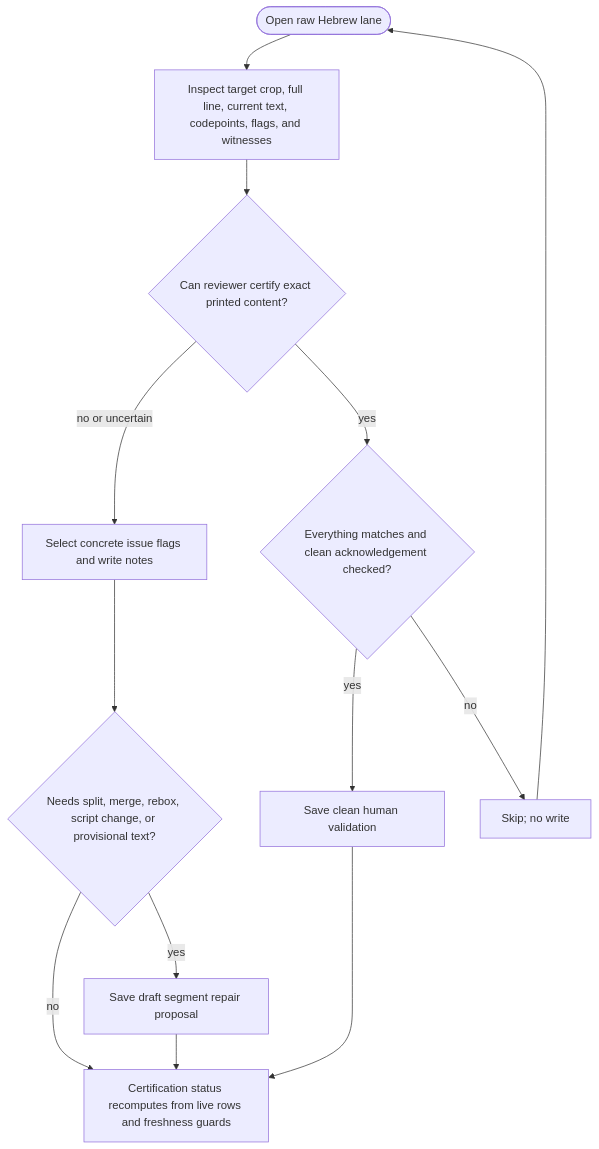
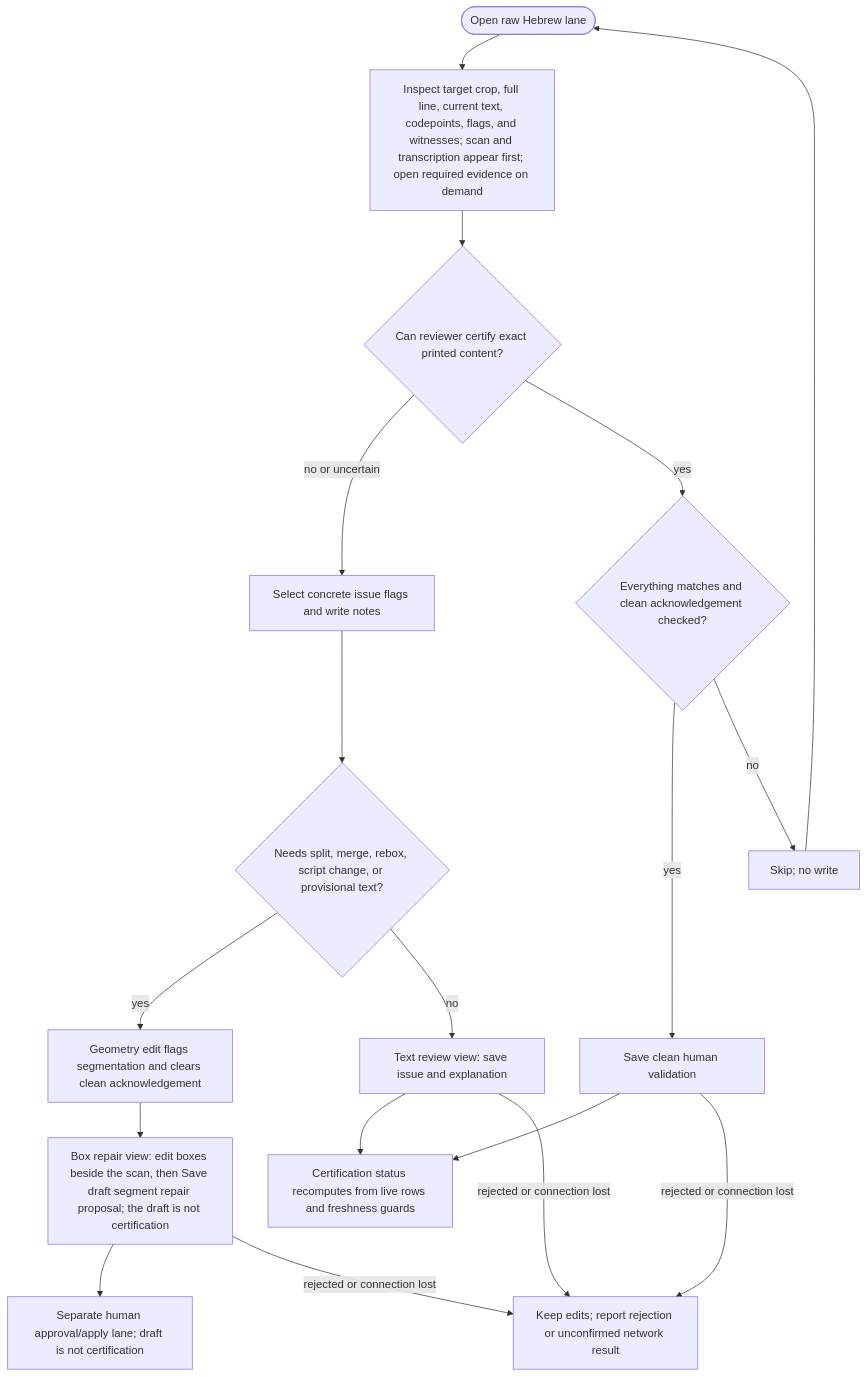
The diagram in spec-chirho/workflows-chirho/raw-review-workflow-chirho.md (loveJesus/hottp-chirho), drawn with Mermaid before and after one commit. The commit also changed other lines of this file and 12 other files, not shown here.

First line of the commit message:
Separate raw-review workspace presentation and preserve review guards

````diff
--- a/spec-chirho/workflows-chirho/raw-review-workflow-chirho.md
+++ b/spec-chirho/workflows-chirho/raw-review-workflow-chirho.md
@@ -8,26 +8,34 @@
 ```mermaid
 flowchart TD
   StartChirho([Open raw Hebrew lane])
-  InspectChirho[Inspect target crop, full line, current text, codepoints, flags, and witnesses]
+  InspectChirho[Inspect target crop, full line, current text, codepoints, flags, and witnesses; scan and transcription appear first; open required evidence on demand]
   CompetentChirho{Can reviewer certify exact printed content?}
   IssueChirho[Select concrete issue flags and write notes]
   RepairNeededChirho{Needs split, merge, rebox, script change, or provisional text?}
-  DraftRepairChirho[Save draft segment repair proposal]
+  DraftRepairChirho[Box repair view: edit boxes beside the scan, then Save draft segment repair proposal; the draft is not certification]
+  ClearCleanChirho[Geometry edit flags segmentation and clears clean acknowledgement]
+  SaveIssueChirho[Text review view: save issue and explanation]
+  FailureChirho[Keep edits; report rejection or unconfirmed network result]
   CleanReadyChirho{Everything matches and clean acknowledgement checked?}
   SaveCleanChirho[Save clean human validation]
   SkipChirho[Skip; no write]
   GateChirho[Certification status recomputes from live rows and freshness guards]
 
   StartChirho --> InspectChirho
   InspectChirho --> CompetentChirho
   CompetentChirho -- no or uncertain --> IssueChirho
   CompetentChirho -- yes --> CleanReadyChirho
   IssueChirho --> RepairNeededChirho
-  RepairNeededChirho -- yes --> DraftRepairChirho
-  RepairNeededChirho -- no --> GateChirho
-  DraftRepairChirho --> GateChirho
+  RepairNeededChirho -- yes --> ClearCleanChirho
+  ClearCleanChirho --> DraftRepairChirho
+  RepairNeededChirho -- no --> SaveIssueChirho
+  SaveIssueChirho --> GateChirho
+  DraftRepairChirho --> ApprovalChirho[Separate human approval/apply lane; draft is not certification]
+  SaveIssueChirho -- rejected or connection lost --> FailureChirho
+  DraftRepairChirho -- rejected or connection lost --> FailureChirho
   CleanReadyChirho -- yes --> SaveCleanChirho
   CleanReadyChirho -- no --> SkipChirho
   SaveCleanChirho --> GateChirho
+  SaveCleanChirho -- rejected or connection lost --> FailureChirho
   SkipChirho --> StartChirho
 ```
````
